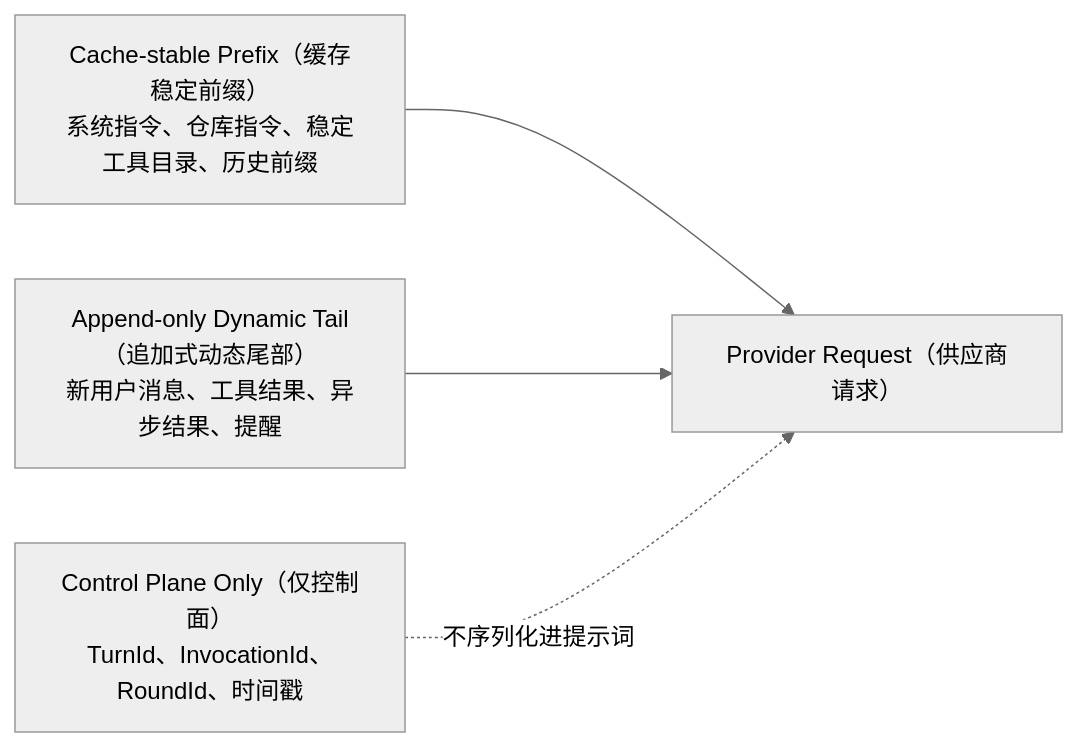
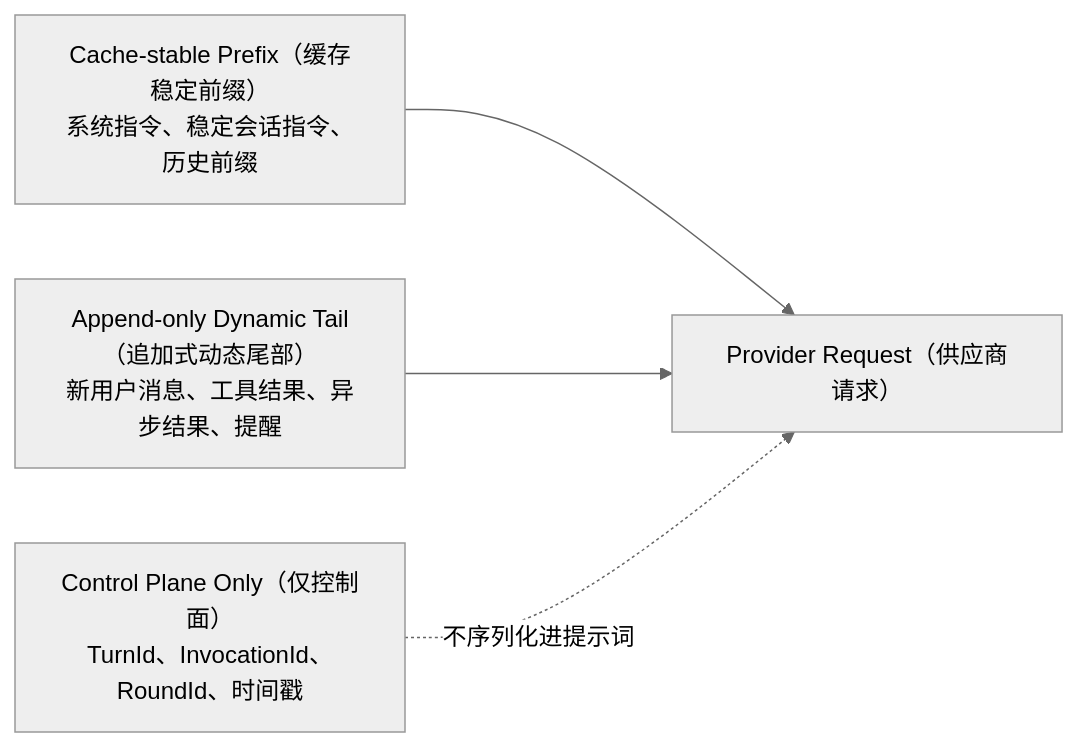
The fourth of 28 diagrams in docs/agent-core-target-architecture-refactor-zh-cn.md (StagoMax/OpenTopia), drawn with Mermaid (neutral theme) before and after one commit. The commit also changed other lines of this file and 6 other files, not shown here.

First line of the commit message:
docs(agent): align architecture with collaboration runtime

````diff
--- a/docs/agent-core-target-architecture-refactor-zh-cn.md
+++ b/docs/agent-core-target-architecture-refactor-zh-cn.md
@@ -633,11 +633,11 @@
 ```mermaid
 flowchart LR
-    CP["Cache-stable Prefix（缓存稳定前缀）<br/>系统指令、仓库指令、稳定工具目录、历史前缀"]
+    CP["Cache-stable Prefix（缓存稳定前缀）<br/>系统指令、稳定会话指令、历史前缀"]
     DT["Append-only Dynamic Tail（追加式动态尾部）<br/>新用户消息、工具结果、异步结果、提醒"]
     CTL["Control Plane Only（仅控制面）<br/>TurnId、InvocationId、RoundId、时间戳"]
     REQ["Provider Request（供应商请求）"]
 
     CP --> REQ
     DT --> REQ
     CTL -. "不序列化进提示词" .-> REQ
 ```
````
